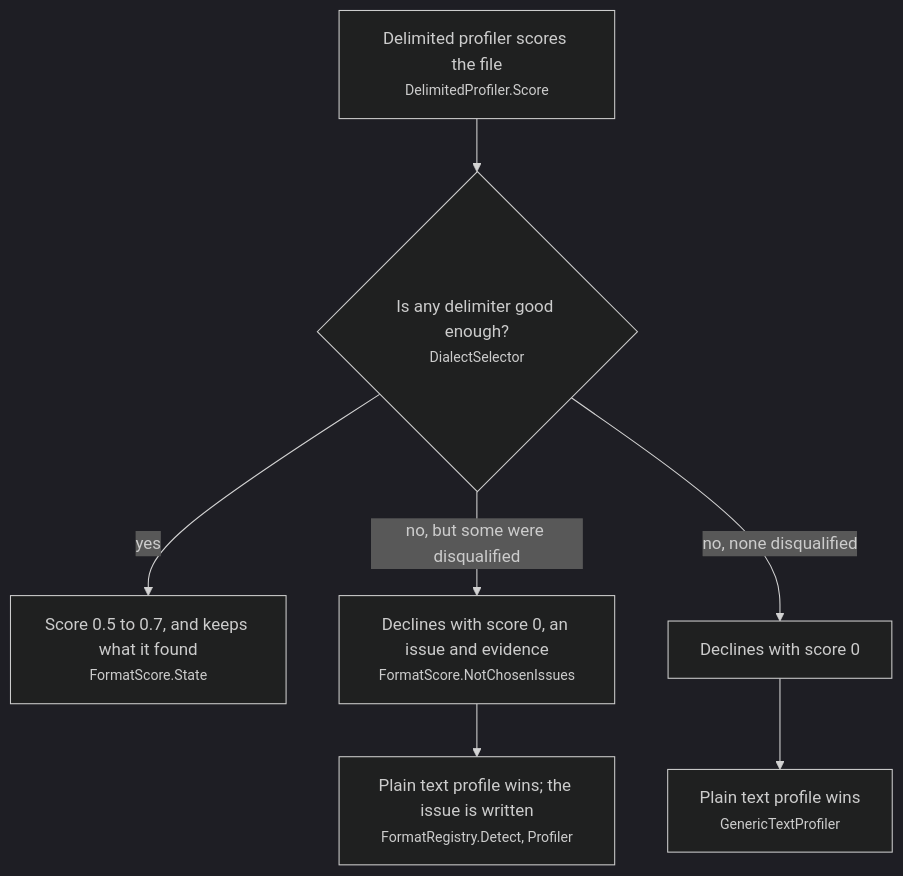
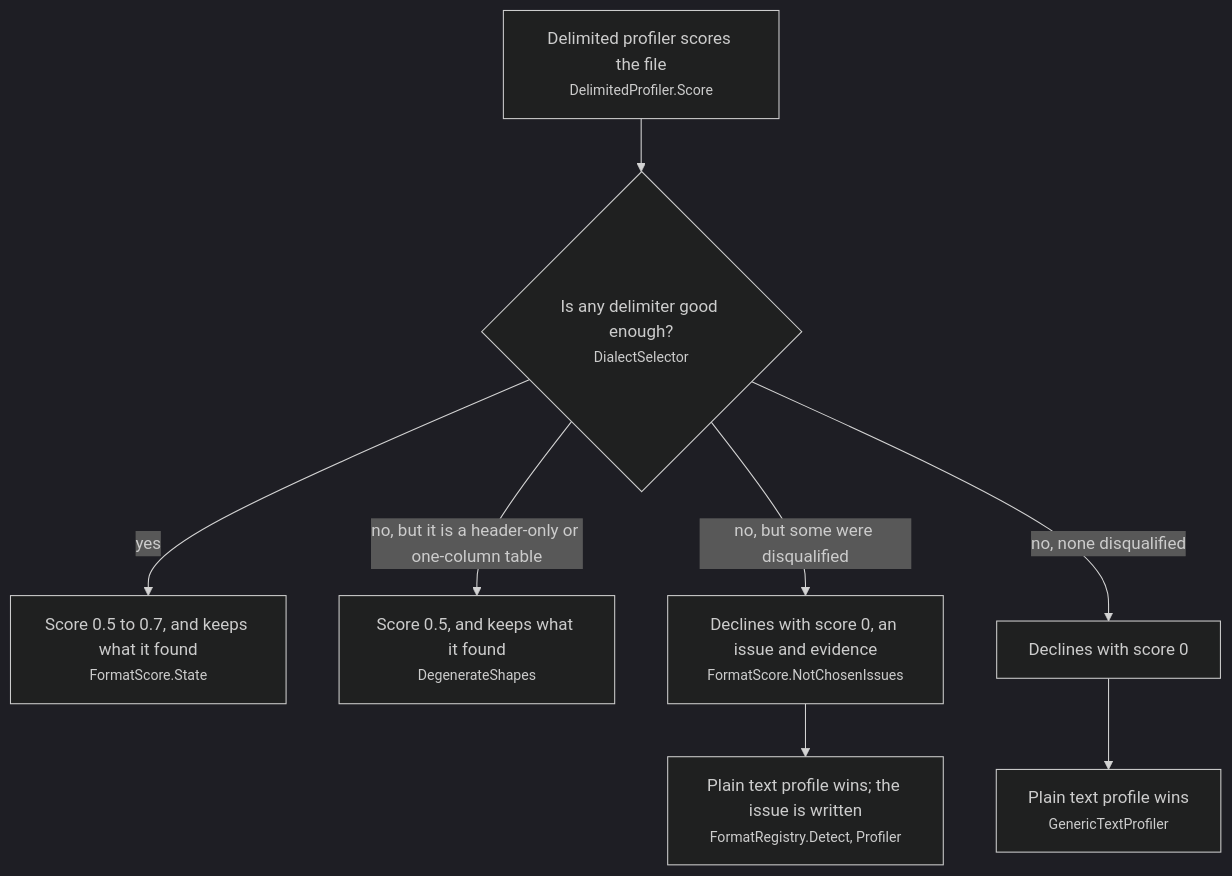
The fourth of 27 diagrams in docs/how-it-works.md (squalor-xyz/squalify), drawn with Mermaid (dark theme) before and after one commit. The commit also changed other lines of this file and 31 other files, not shown here.

````diff
--- a/docs/how-it-works.md
+++ b/docs/how-it-works.md
@@ -58,9 +58,10 @@
 ```mermaid
 flowchart TD
     D["Delimited profiler scores the file<br/><small>DelimitedProfiler.Score</small>"] --> V{"Is any delimiter good enough?<br/><small>DialectSelector</small>"}
     V -- "yes" --> Keep["Score 0.5 to 0.7, and keeps what it found<br/><small>FormatScore.State</small>"]
+    V -- "no, but it is a header-only or one-column table" --> Deg["Score 0.5, and keeps what it found<br/><small>DegenerateShapes</small>"]
     V -- "no, but some were disqualified" --> Dec["Declines with score 0, an issue and evidence<br/><small>FormatScore.NotChosenIssues</small>"]
     V -- "no, none disqualified" --> Plain["Declines with score 0"]
     Dec --> T["Plain text profile wins; the issue is written<br/><small>FormatRegistry.Detect, Profiler</small>"]
     Plain --> T2["Plain text profile wins<br/><small>GenericTextProfiler</small>"]
 ```
````
